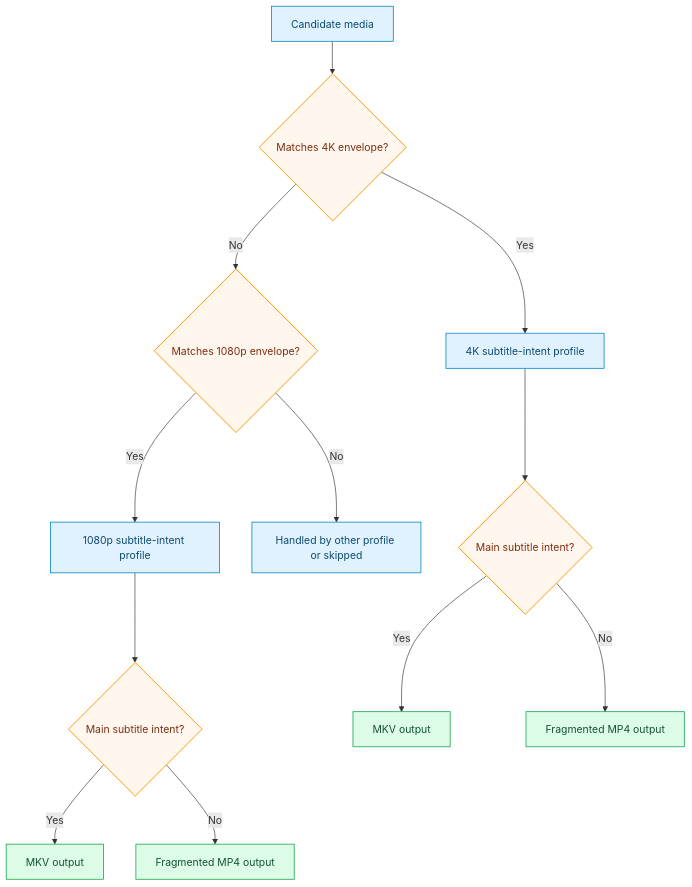
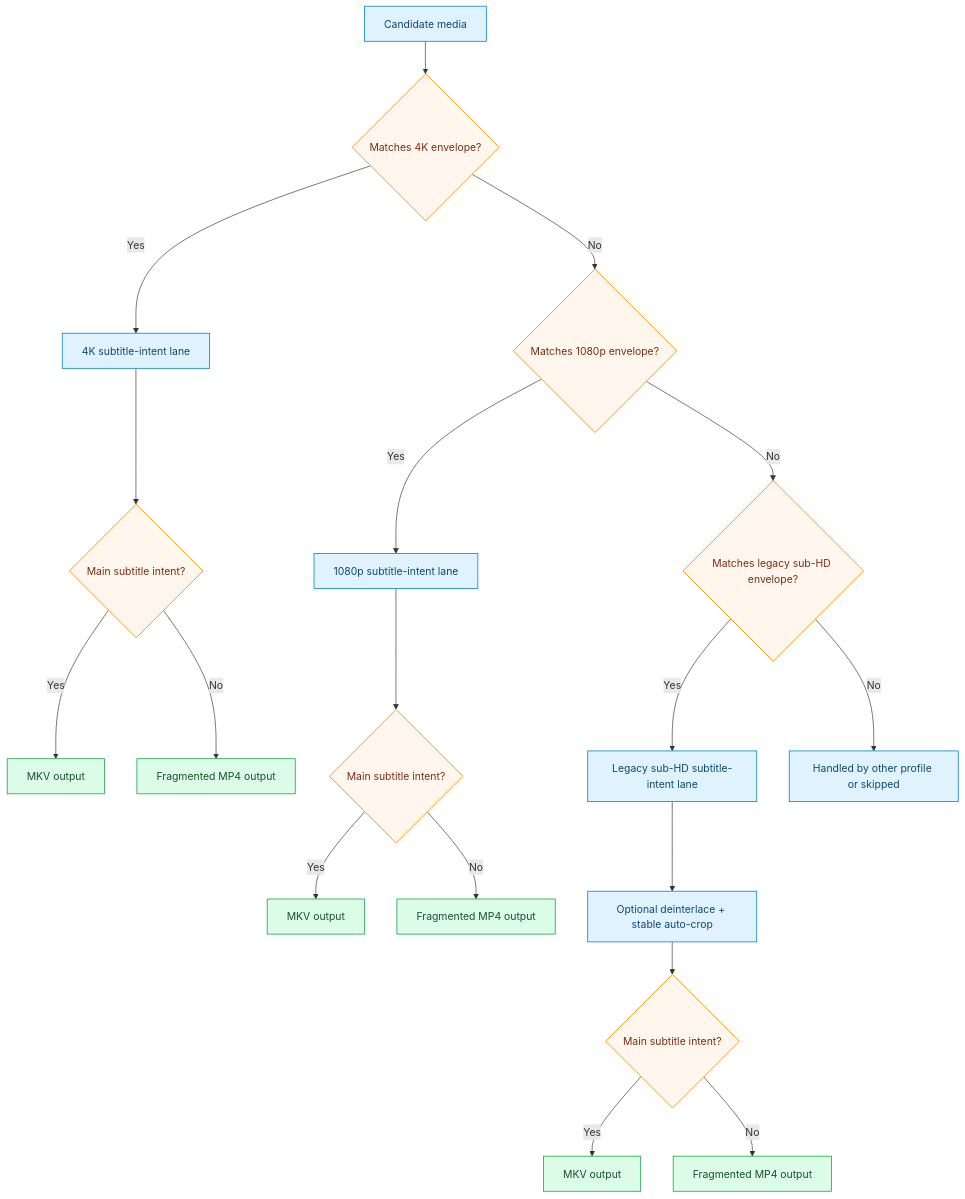
One commit to CraigWatt/vfo changed the diagram in platform/docs-site/docs/profiles/packs/netflixy-main-subtitle-intent.md. Above: the diagram before and after it, drawn with Mermaid. The commit also changed other lines of this file and 12 other files, not shown here.

Commit message:
Add legacy sub-HD netflixy lane with stable auto-crop

````diff
--- a/platform/docs-site/docs/profiles/packs/netflixy-main-subtitle-intent.md
+++ b/platform/docs-site/docs/profiles/packs/netflixy-main-subtitle-intent.md
@@ -32,18 +35,27 @@
 ```mermaid
 flowchart TD
   classDef stage fill:#e0f2fe,stroke:#0284c7,color:#0c4a6e,stroke-width:1.2px;
   classDef gate fill:#fff7ed,stroke:#f59e0b,color:#7c2d12,stroke-width:1.5px;
   classDef output fill:#dcfce7,stroke:#16a34a,color:#14532d,stroke-width:1.2px;
 
   A[Candidate media]:::stage --> B{Matches 4K envelope?}:::gate
-  B -->|Yes| C[4K subtitle-intent profile]:::stage
+  B -->|Yes| C[4K subtitle-intent lane]:::stage
   B -->|No| D{Matches 1080p envelope?}:::gate
-  D -->|Yes| E[1080p subtitle-intent profile]:::stage
-  D -->|No| F[Handled by other profile or skipped]:::stage
-  C --> G{Main subtitle intent?}:::gate
-  E --> H{Main subtitle intent?}:::gate
-  G -->|Yes| I[MKV output]:::output
-  G -->|No| J[Fragmented MP4 output]:::output
-  H -->|Yes| K[MKV output]:::output
-  H -->|No| L[Fragmented MP4 output]:::output
+  D -->|Yes| E[1080p subtitle-intent lane]:::stage
+  D -->|No| F{Matches legacy sub-HD envelope?}:::gate
+  F -->|Yes| G[Legacy sub-HD subtitle-intent lane]:::stage
+  F -->|No| X[Handled by other profile or skipped]:::stage
+
+  C --> Cq{Main subtitle intent?}:::gate
+  Cq -->|Yes| Cmkv[MKV output]:::output
+  Cq -->|No| Cmp4[Fragmented MP4 output]:::output
+
+  E --> Eq{Main subtitle intent?}:::gate
+  Eq -->|Yes| Emkv[MKV output]:::output
+  Eq -->|No| Emp4[Fragmented MP4 output]:::output
+
+  G --> Gprep[Optional deinterlace + stable auto-crop]:::stage
+  Gprep --> Gq{Main subtitle intent?}:::gate
+  Gq -->|Yes| Gmkv[MKV output]:::output
+  Gq -->|No| Gmp4[Fragmented MP4 output]:::output
 ```
````
